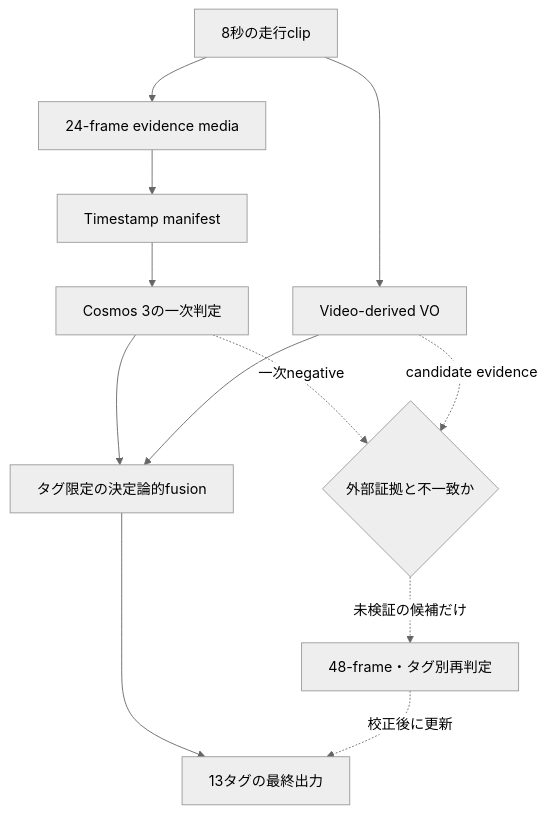
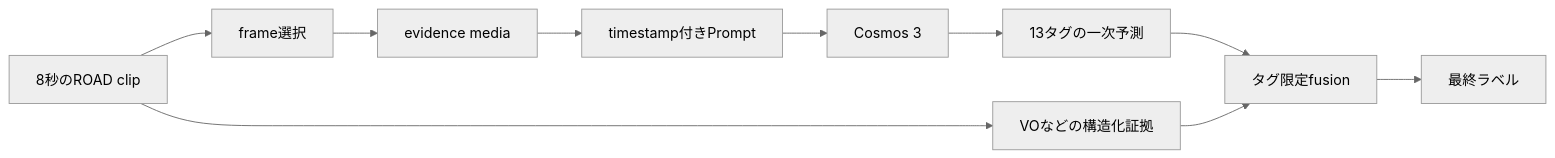
Before and after one commit to riita10069/zenn.dev: the second of 3 diagrams in articles/cosmos3-driving-video-scene-labeling.md, drawn with Mermaid (neutral theme). The commit also changed other lines of this file, not shown here.

Commit message:
Rewrite Cosmos 3 scene labeling article

````diff
--- a/articles/cosmos3-driving-video-scene-labeling.md
+++ b/articles/cosmos3-driving-video-scene-labeling.md
@@ -203,14 +237,12 @@
 ```mermaid
-flowchart TD
-    A[8秒の走行clip] --> B[24-frame evidence media]
-    B --> C[Timestamp manifest]
-    C --> D[Cosmos 3の一次判定]
-    A --> E[Video-derived VO]
-    D --> F[タグ限定の決定論的fusion]
-    E --> F
-    F --> G[13タグの最終出力]
-    D -. 一次negative .-> H{外部証拠と不一致か}
-    E -. candidate evidence .-> H
-    H -. 未検証の候補だけ .-> I[48-frame・タグ別再判定]
-    I -. 校正後に更新 .-> G
+flowchart LR
+    A[8秒のROAD clip] --> B[frame選択]
+    B --> C[evidence media]
+    C --> D[timestamp付きPrompt]
+    D --> E[Cosmos 3]
+    E --> F[13タグの一次予測]
+    A --> G[VOなどの構造化証拠]
+    F --> H[タグ限定fusion]
+    G --> H
+    H --> I[最終ラベル]
 ```
````
